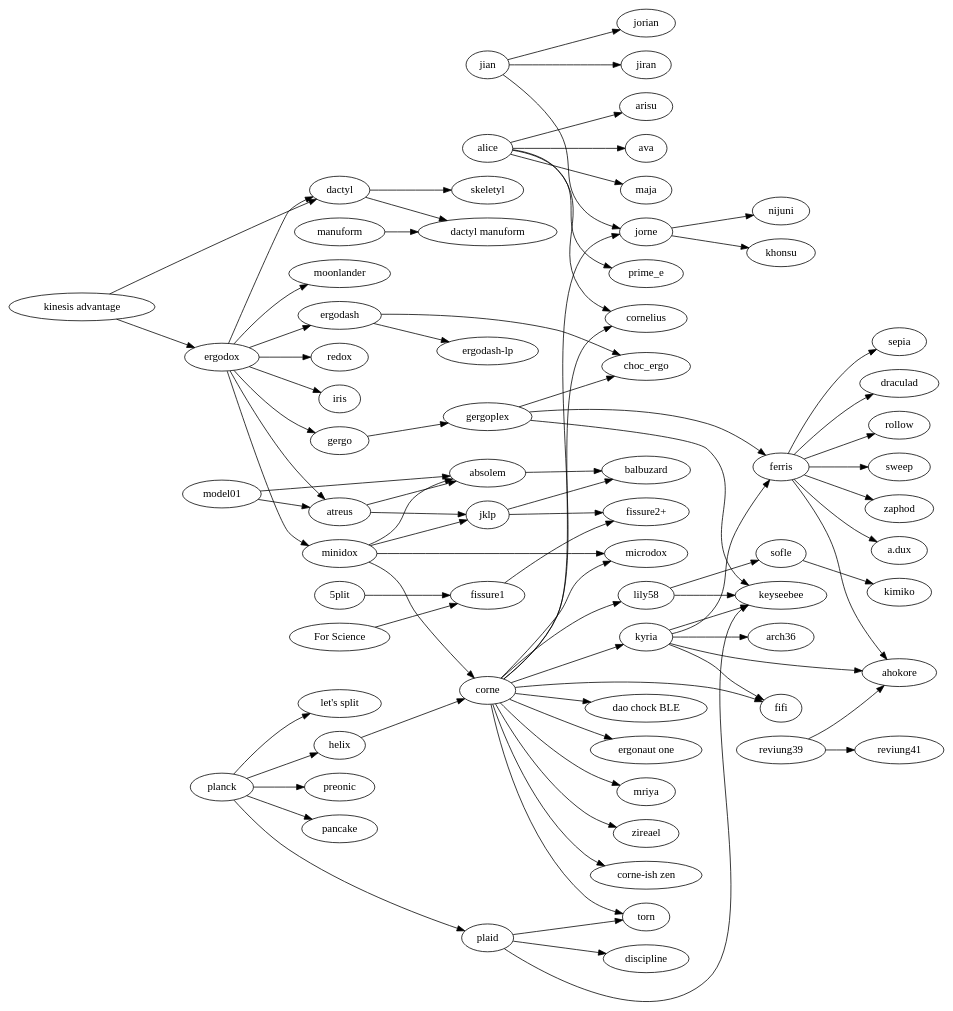
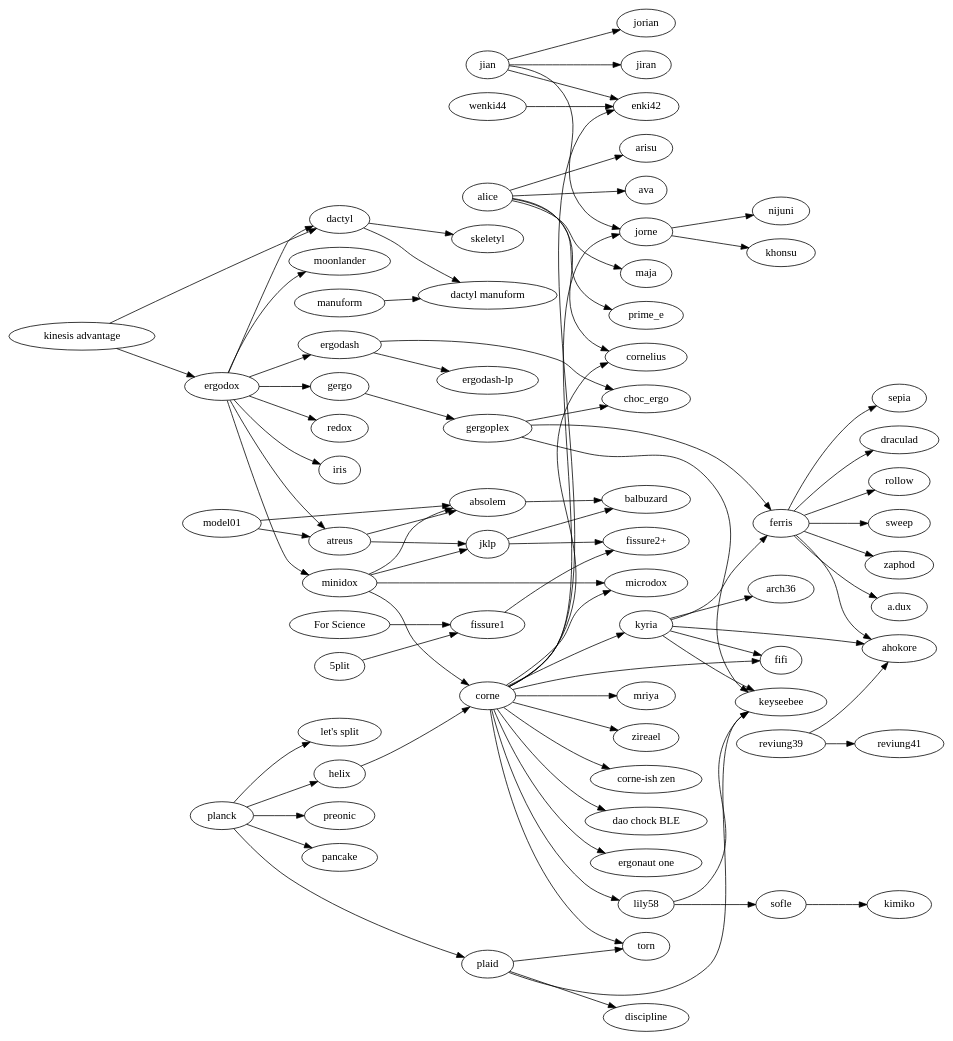
Before and after one commit to joric/graph: the diagram in tree.gv, drawn with Graphviz.

```diff
--- a/tree.gv
+++ b/tree.gv
@@ -1,150 +1,153 @@
 digraph {
   rankdir=LR;
 
   subgraph splits {
     helix -> corne;
+    wenki44 -> enki42;
 
     jian -> {
       jorian;
       jorne;
       jiran;
+      enki42;
     }
 
     jorne -> {
       nijuni;
       khonsu;
     }
 
     corne -> {
       "corne-ish zen";
       cornelius;
       fifi;
       kyria;
       lily58;
       microdox;
       torn;
       jorne;
       "dao chock BLE";
       "ergonaut one";
       mriya;
       zireael;
+      enki42;
     };
 
     lily58 -> {
       keyseebee;
       sofle;
     };
 
     kyria -> {
         ahokore;
         arch36;
         ferris;
         fifi;
         keyseebee;
     };
 
     "kinesis advantage" -> {
       ergodox;
       dactyl;
     };
 
     ergodox -> {
       atreus;
       dactyl;
       ergodash;
       gergo;
       iris;
       minidox;
       moonlander;
       redox;
     };
 
     ergodash -> {
       "ergodash-lp";
       choc_ergo;
     };
 
     gergo -> gergoplex;
     gergoplex -> {
       choc_ergo;
       ferris;
       keyseebee;
     };
 
     ferris -> {
       ahokore;
       sepia;
       draculad;
       rollow;
       sweep;
       zaphod;
       "a.dux";
     };
 
     manuform -> "dactyl manuform";
 
     minidox -> {
       absolem;
       corne;
       microdox;
       jklp;
     };
 
     model01 -> {
       absolem;
       atreus;
     };
 
     sofle -> kimiko;
 
     "5plit" -> "fissure1";
     "For Science" -> "fissure1";
     fissure1 -> "fissure2+";
     jklp -> "fissure2+";
   }
 
   subgraph unibody {
     atreus -> {
       absolem;
       jklp;
     };
     jklp -> balbuzard;
     absolem -> balbuzard;
     reviung39 -> {
       ahokore;
       reviung41;
     };
   };
 
   subgraph ortholinear {
     plaid -> {
       discipline;
       keyseebee;
       torn;
     };
     planck -> {
       helix;
       "let's split";
       plaid;
       preonic;
       pancake;
     };
   }
 
   subgraph {
     dactyl -> {
       "dactyl manuform";
       skeletyl;
     }
   }
 
   subgraph alicefamily {
     alice -> {
       arisu;
       ava;
       cornelius;
       maja;
       prime_e;
     }
   }
 }
```
